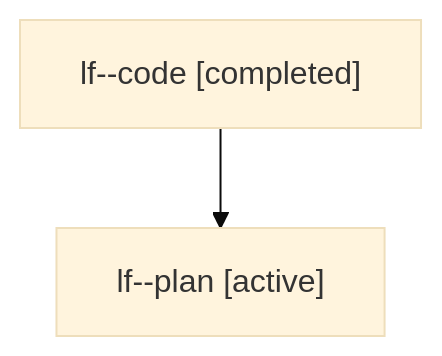
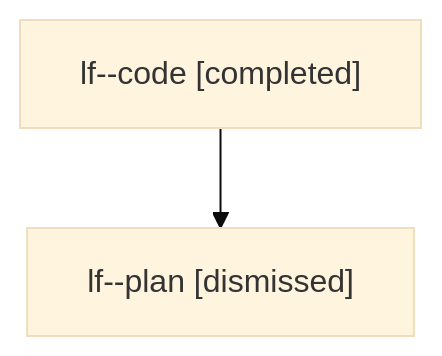
The diagram in sessions/bbugyi200.athena.lf.md (sase-org/sase--agents), drawn with Mermaid (base theme) before and after one commit. The commit also changed other lines of this file and 35 other files, not shown here.

````diff
--- a/sessions/bbugyi200.athena.lf.md
+++ b/sessions/bbugyi200.athena.lf.md
@@ -9,6 +9,6 @@
 ```mermaid
 flowchart TD
   n0["lf--code [completed]"]
-  n1["lf--plan [active]"]
+  n1["lf--plan [dismissed]"]
   n0 --> n1
 ```
````
